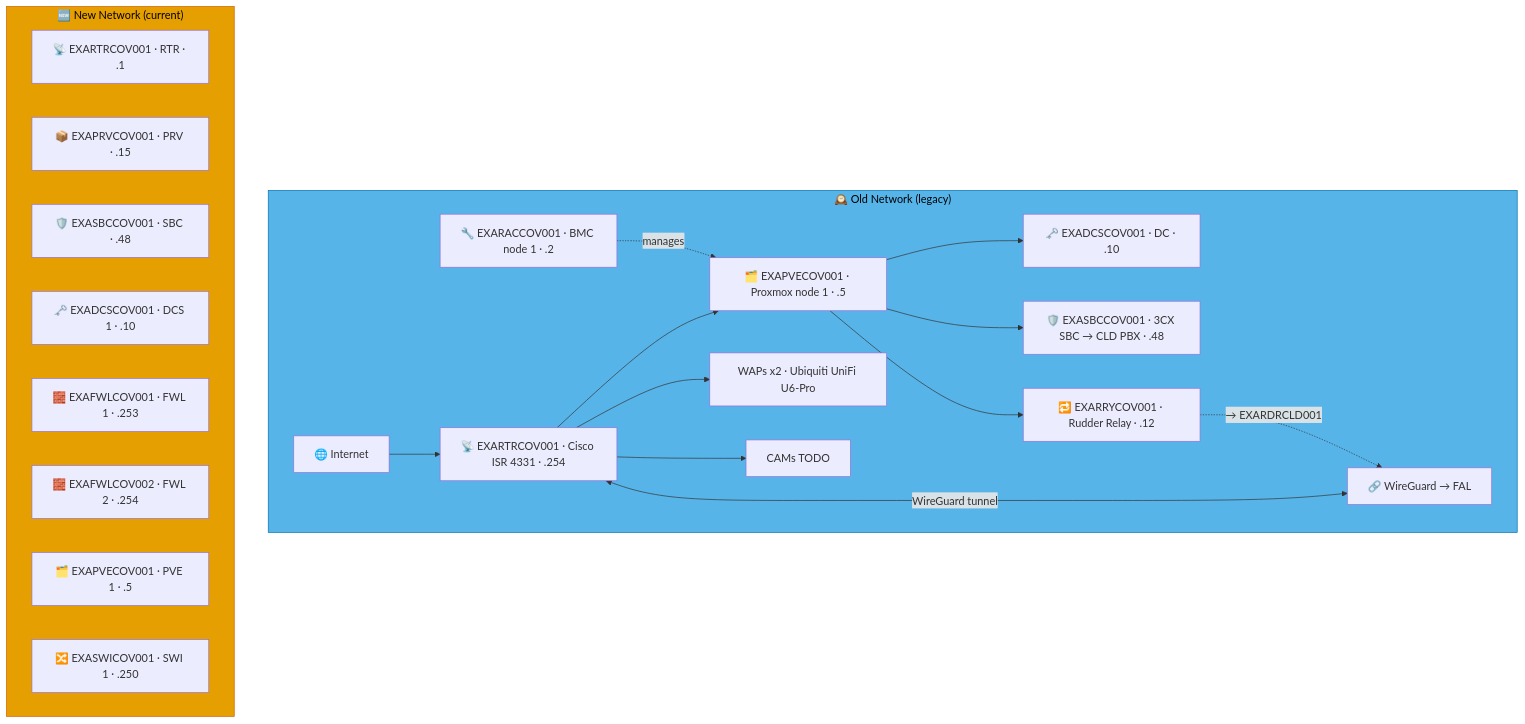
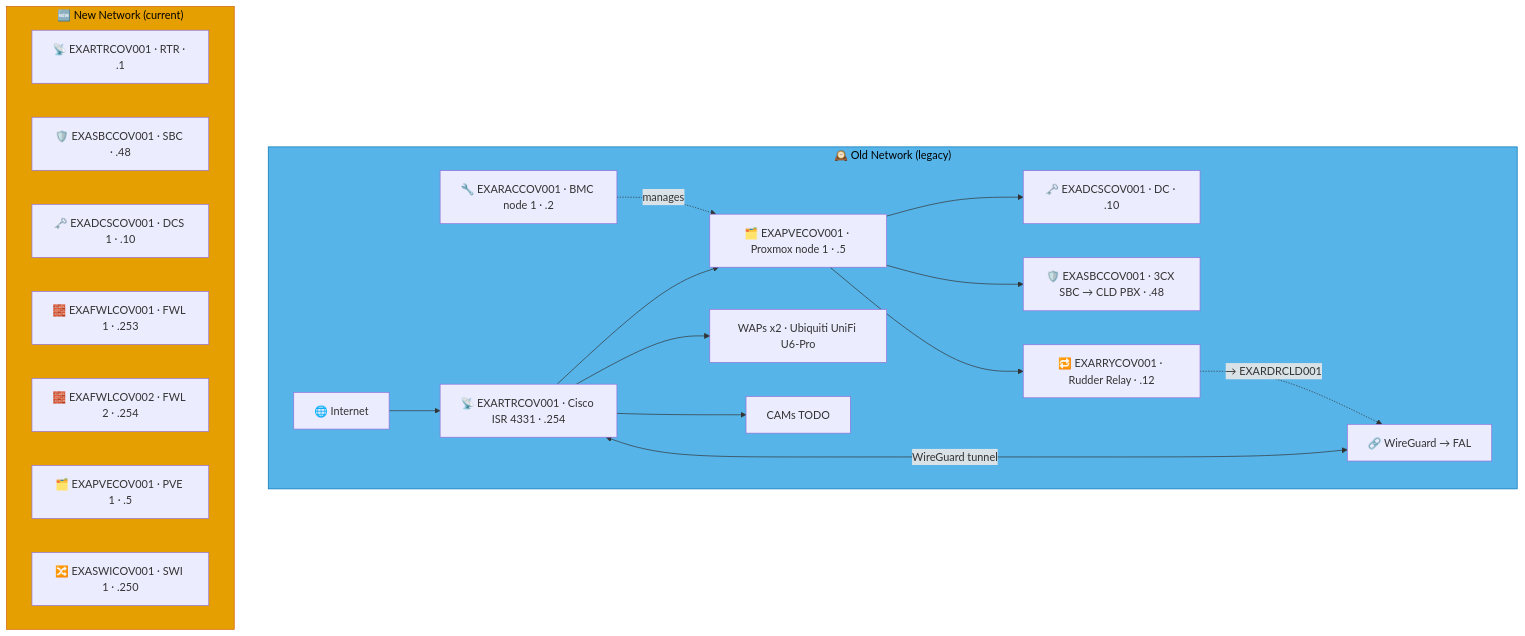
The ninth of 9 diagrams in docs/network-diagram/england.md (knightmare2600/example_music_infra), drawn with Mermaid before and after one commit. The commit also changed other lines of this file and 55 other files, not shown here.

````diff
--- a/docs/network-diagram/england.md
+++ b/docs/network-diagram/england.md
@@ -457,37 +449,36 @@
 ```mermaid
 graph TD
     subgraph OLD_COV ["🕰️ Old Network (legacy)"]
       INET["🌐 Internet"]
       RTR["📡 EXARTRCOV001 · Cisco ISR 4331 · .254"]
       RAC["🔧 EXARACCOV001 · BMC node 1 · .2"]
       PVE["🗂️ EXAPVECOV001 · Proxmox node 1 · .5"]
       DC["🗝️ EXADCSCOV001 · DC · .10"]
       SBC["🛡️ EXASBCCOV001 · 3CX SBC → CLD PBX · .48"]
       RRY["🔁 EXARRYCOV001 · Rudder Relay · .12"]
       WAP["WAPs x2 · Ubiquiti UniFi U6-Pro"]
       CAM["CAMs TODO"]
       VPN["🔗 WireGuard → FAL"]
 
       INET --> RTR --> PVE --> DC & SBC
       RAC -.->|"manages"| PVE
       RTR --> WAP & CAM
       RTR <-->|"WireGuard tunnel"| VPN
 
       PVE --> RRY
       RRY -. "→ EXARDRCLD001" .-> VPN
     end
     style OLD_COV fill:#56B4E9,stroke:#0072B2,color:#000000
     %% GENERATED:NEW-NETWORK:COV:START
     subgraph NEW_COV ["🆕 New Network (current)"]
       N_RTR["📡 EXARTRCOV001 · RTR · .1"]
-      N_PRV["📦 EXAPRVCOV001 · PRV · .15"]
       N_SBC["🛡️ EXASBCCOV001 · SBC · .48"]
       N_DCS["🗝️ EXADCSCOV001 · DCS 1 · .10"]
       N_FWL["🧱 EXAFWLCOV001 · FWL 1 · .253"]
       N_FWL2["🧱 EXAFWLCOV002 · FWL 2 · .254"]
       N_PVE["🗂️ EXAPVECOV001 · PVE 1 · .5"]
       N_SWI["🔀 EXASWICOV001 · SWI 1 · .250"]
     end
     style NEW_COV fill:#E69F00,stroke:#D55E00,color:#000000
     %% GENERATED:NEW-NETWORK:COV:END
 ```
````
